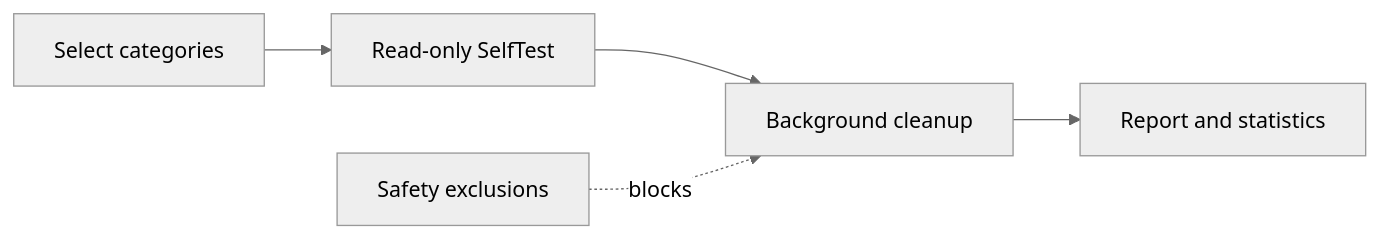
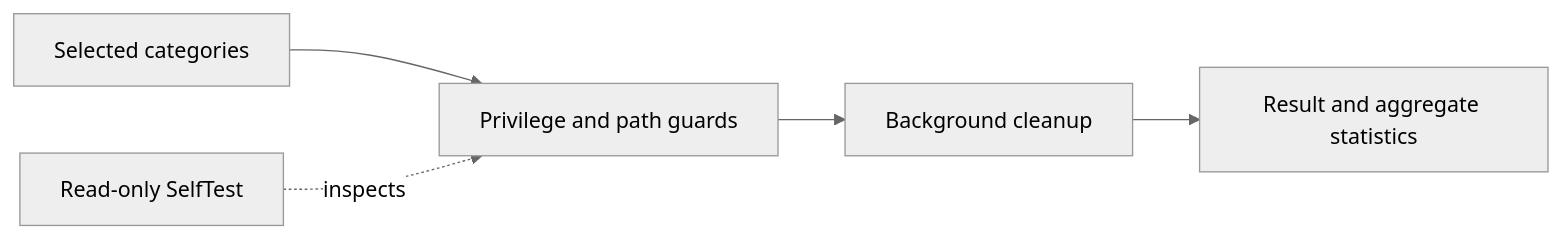
The second of 2 diagrams in README.md (mehmeterendereli/mehmeterendereli), drawn with Mermaid (neutral theme) before and after one commit. The commit also changed other lines of this file and 3 other files, not shown here.

````diff
--- a/README.md
+++ b/README.md
@@ -45,7 +39,7 @@
 ```mermaid
 flowchart LR
-    SELECT[Select categories] --> SELFTEST[Read-only SelfTest]
-    SELFTEST --> CLEAN[Background cleanup]
-    CLEAN --> REPORT[Report and statistics]
-    GUARD[Safety exclusions] -. blocks .-> CLEAN
+    SELECT[Selected categories] --> GUARDS[Privilege and path guards]
+    GUARDS --> CLEAN[Background cleanup]
+    CLEAN --> REPORT[Result and aggregate statistics]
+    SELFTEST[Read-only SelfTest] -. inspects .-> GUARDS
 ```
````
